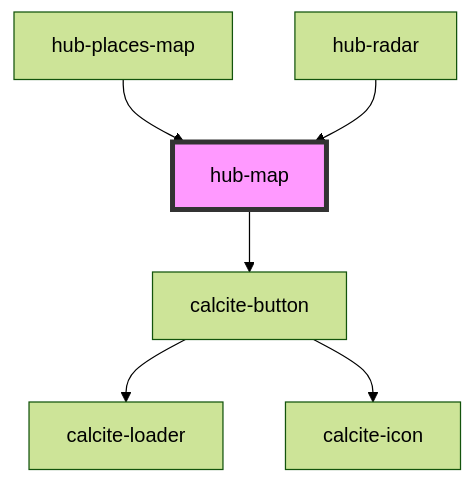
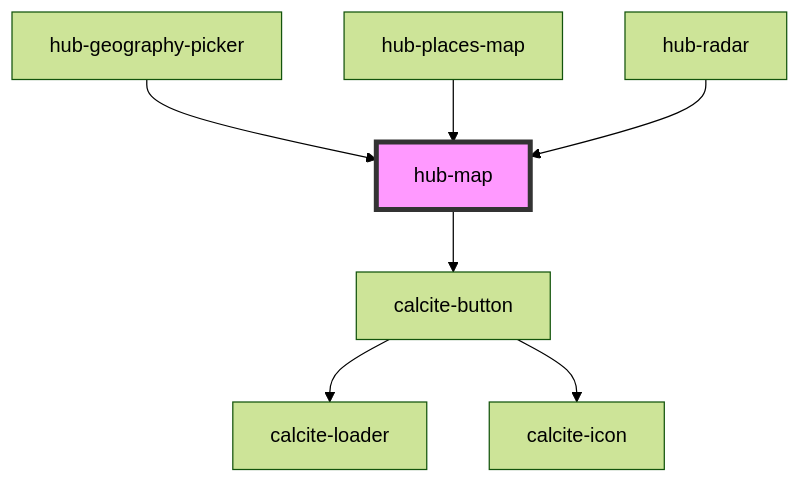
One commit to esridc/hub-components-experiments changed the diagram in src/components/blocks/hub-map/readme.md. Above: the diagram before and after it, drawn with Mermaid (forest theme). The commit also changed other lines of this file and 27 other files, not shown here.

Commit message:
Added prototype geography picker

````diff
--- a/src/components/blocks/hub-map/readme.md
+++ b/src/components/blocks/hub-map/readme.md
@@ -48,9 +49,10 @@
 ```mermaid
 graph TD;
   hub-map --> calcite-button
   calcite-button --> calcite-loader
   calcite-button --> calcite-icon
+  hub-geography-picker --> hub-map
   hub-places-map --> hub-map
   hub-radar --> hub-map
   style hub-map fill:#f9f,stroke:#333,stroke-width:4px
 ```
````
